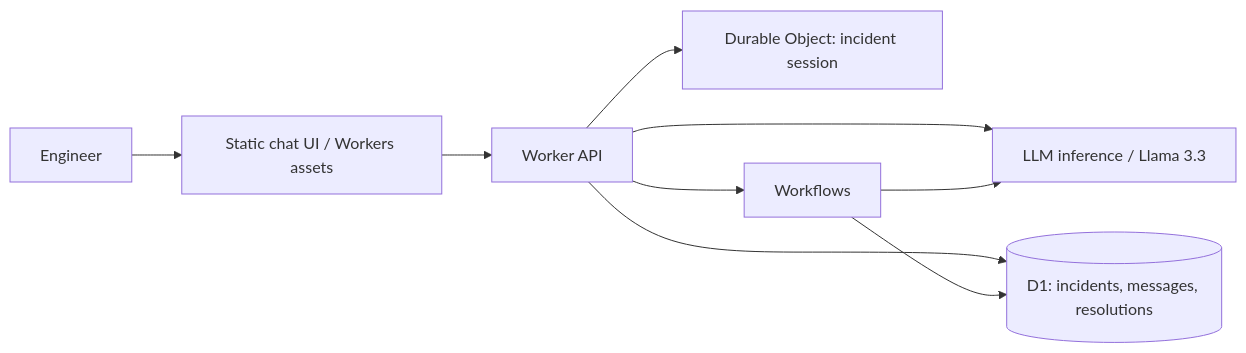
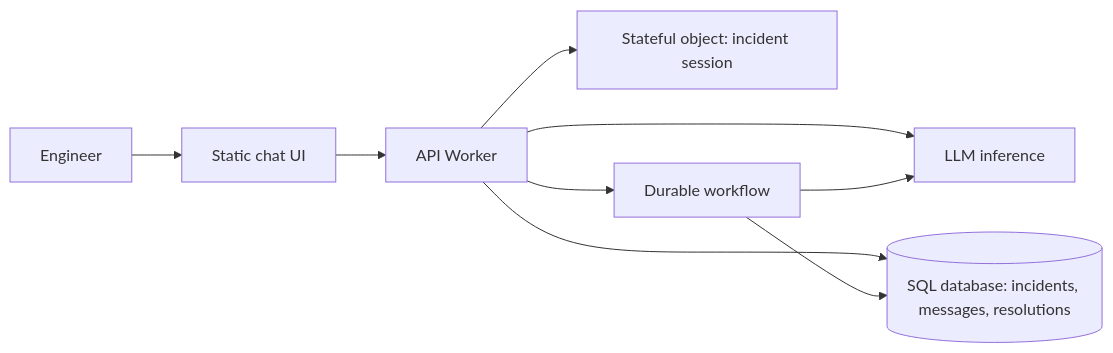
One commit to sudhakar0014/SRE-AI-Project changed the diagram in README.md. Above: the diagram before and after it, drawn with Mermaid. The commit also changed other lines of this file, not shown here.

````diff
--- a/README.md
+++ b/README.md
@@ -17,11 +17,11 @@
 ```mermaid
 flowchart LR
-  U[Engineer] --> UI[Static chat UI / Workers assets]
-  UI --> W[ Worker API]
-  W --> AI[LLM inference / Llama 3.3]
-  W --> D1[(D1: incidents, messages, resolutions)]
-  W --> DO[Durable Object: incident session]
-  W --> WF[ Workflows]
+  U[Engineer] --> UI[Static chat UI]
+  UI --> W[API Worker]
+  W --> AI[LLM inference]
+  W --> DB[(SQL database: incidents, messages, resolutions)]
+  W --> DO[Stateful object: incident session]
+  W --> WF[Durable workflow]
   WF --> AI
-  WF --> D1
+  WF --> DB
 ```
````
